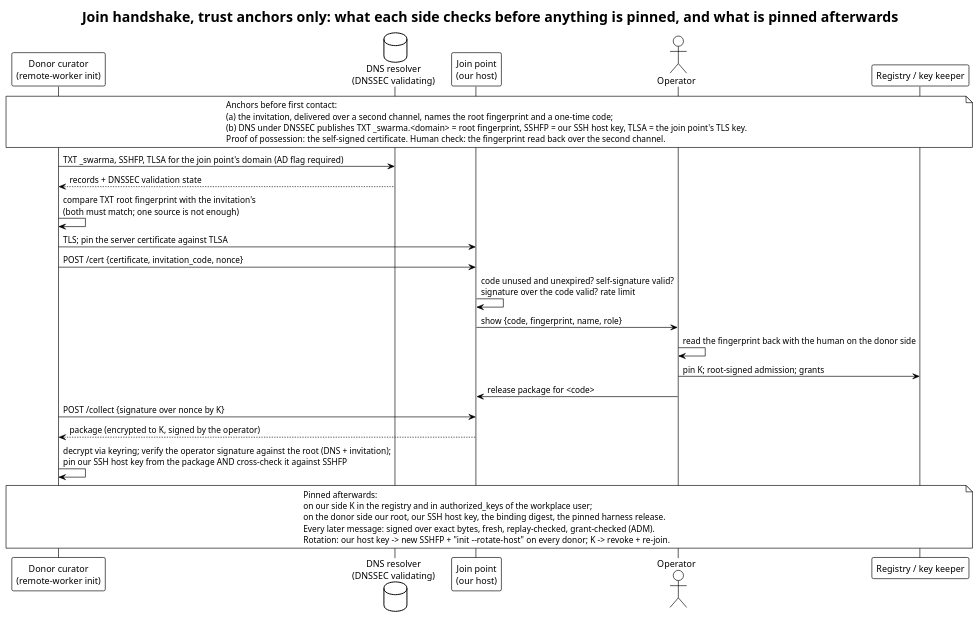
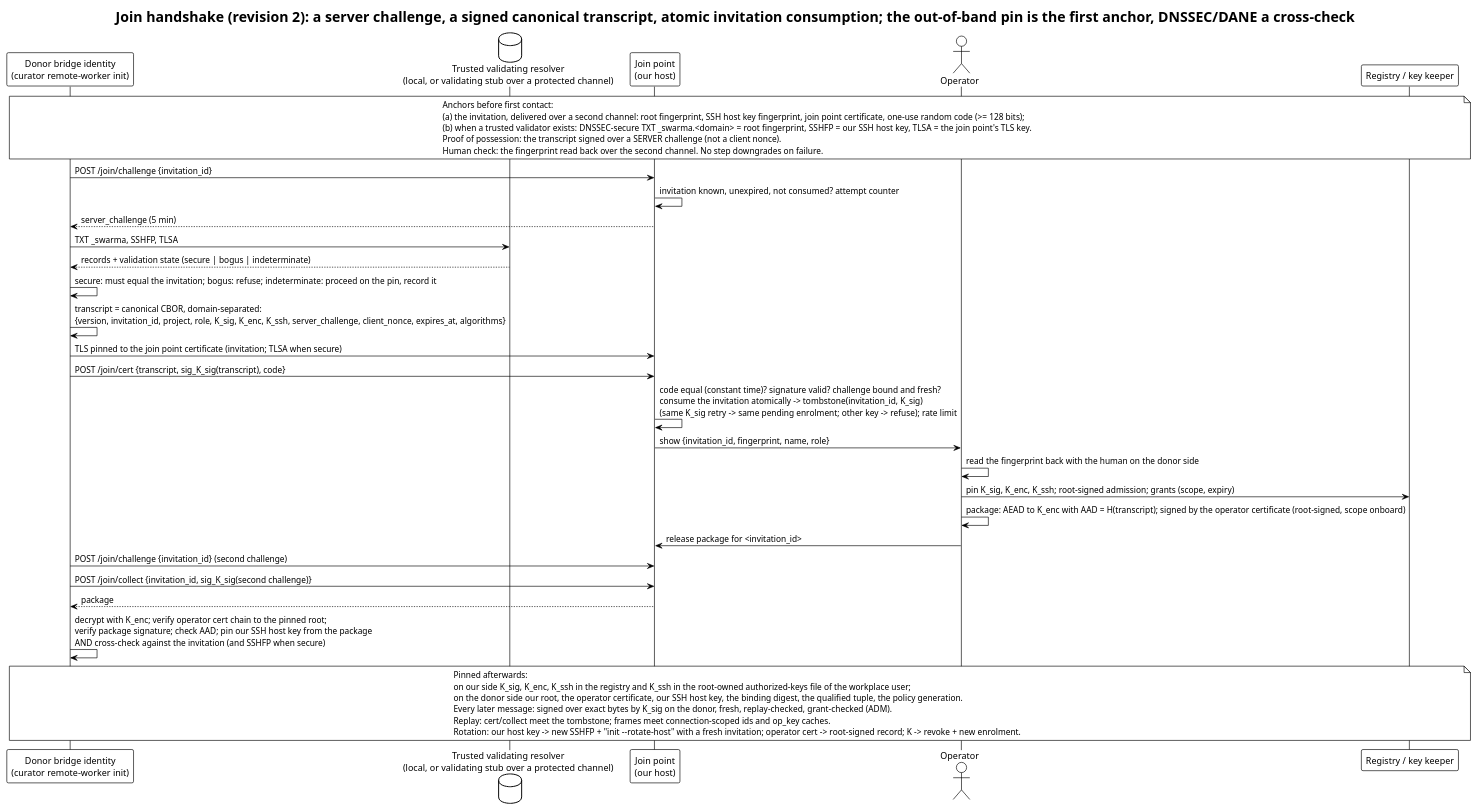
Before and after one commit to relux-works/curator-spec: the diagram in cips/diagrams/join-handshake.puml, drawn with PlantUML. The commit also changed 9 other files, not shown here.

```diff
--- a/cips/diagrams/join-handshake.puml
+++ b/cips/diagrams/join-handshake.puml
@@ -1,39 +1,47 @@
 @startuml join-handshake
 !theme plain
-title Join handshake, trust anchors only: what each side checks before anything is pinned, and what is pinned afterwards
+title Join handshake (revision 2): a server challenge, a signed canonical transcript, atomic invitation consumption; the out-of-band pin is the first anchor, DNSSEC/DANE a cross-check
 
-participant "Donor curator\n(remote-worker init)" as C
-database "DNS resolver\n(DNSSEC validating)" as R
+participant "Donor bridge identity\n(curator remote-worker init)" as C
+database "Trusted validating resolver\n(local, or validating stub over a protected channel)" as R
 participant "Join point\n(our host)" as JP
 actor "Operator" as OP
 participant "Registry / key keeper" as T
 
 note over C, T
   Anchors before first contact:
-  (a) the invitation, delivered over a second channel, names the root fingerprint and a one-time code;
-  (b) DNS under DNSSEC publishes TXT _swarma.<domain> = root fingerprint, SSHFP = our SSH host key, TLSA = the join point's TLS key.
-  Proof of possession: the self-signed certificate. Human check: the fingerprint read back over the second channel.
+  (a) the invitation, delivered over a second channel: root fingerprint, SSH host key fingerprint, join point certificate, one-use random code (>= 128 bits);
+  (b) when a trusted validator exists: DNSSEC-secure TXT _swarma.<domain> = root fingerprint, SSHFP = our SSH host key, TLSA = the join point's TLS key.
+  Proof of possession: the transcript signed over a SERVER challenge (not a client nonce).
+  Human check: the fingerprint read back over the second channel. No step downgrades on failure.
 end note
 
-C -> R: TXT _swarma, SSHFP, TLSA for the join point's domain (AD flag required)
-R --> C: records + DNSSEC validation state
-C -> C: compare TXT root fingerprint with the invitation's\n(both must match; one source is not enough)
-C -> JP: TLS; pin the server certificate against TLSA
-C -> JP: POST /cert {certificate, invitation_code, nonce}
-JP -> JP: code unused and unexpired? self-signature valid?\nsignature over the code valid? rate limit
-JP -> OP: show {code, fingerprint, name, role}
+C -> JP: POST /join/challenge {invitation_id}
+JP -> JP: invitation known, unexpired, not consumed? attempt counter
+JP --> C: server_challenge (5 min)
+C -> R: TXT _swarma, SSHFP, TLSA
+R --> C: records + validation state (secure | bogus | indeterminate)
+C -> C: secure: must equal the invitation; bogus: refuse; indeterminate: proceed on the pin, record it
+C -> C: transcript = canonical CBOR, domain-separated:\n{version, invitation_id, project, role, K_sig, K_enc, K_ssh, server_challenge, client_nonce, expires_at, algorithms}
+C -> JP: TLS pinned to the join point certificate (invitation; TLSA when secure)
+C -> JP: POST /join/cert {transcript, sig_K_sig(transcript), code}
+JP -> JP: code equal (constant time)? signature valid? challenge bound and fresh?\nconsume the invitation atomically -> tombstone(invitation_id, K_sig)\n(same K_sig retry -> same pending enrolment; other key -> refuse); rate limit
+JP -> OP: show {invitation_id, fingerprint, name, role}
 OP -> OP: read the fingerprint back with the human on the donor side
-OP -> T: pin K; root-signed admission; grants
-OP -> JP: release package for <code>
-C -> JP: POST /collect {signature over nonce by K}
-JP --> C: package (encrypted to K, signed by the operator)
-C -> C: decrypt via keyring; verify the operator signature against the root (DNS + invitation);\npin our SSH host key from the package AND cross-check it against SSHFP
+OP -> T: pin K_sig, K_enc, K_ssh; root-signed admission; grants (scope, expiry)
+OP -> OP: package: AEAD to K_enc with AAD = H(transcript); signed by the operator certificate (root-signed, scope onboard)
+OP -> JP: release package for <invitation_id>
+C -> JP: POST /join/challenge {invitation_id} (second challenge)
+C -> JP: POST /join/collect {invitation_id, sig_K_sig(second challenge)}
+JP --> C: package
+C -> C: decrypt with K_enc; verify operator cert chain to the pinned root;\nverify package signature; check AAD; pin our SSH host key from the package\nAND cross-check against the invitation (and SSHFP when secure)
 
 note over C, T
   Pinned afterwards:
-  on our side K in the registry and in authorized_keys of the workplace user;
-  on the donor side our root, our SSH host key, the binding digest, the pinned harness release.
-  Every later message: signed over exact bytes, fresh, replay-checked, grant-checked (ADM).
-  Rotation: our host key -> new SSHFP + "init --rotate-host" on every donor; K -> revoke + re-join.
+  on our side K_sig, K_enc, K_ssh in the registry and K_ssh in the root-owned authorized-keys file of the workplace user;
+  on the donor side our root, the operator certificate, our SSH host key, the binding digest, the qualified tuple, the policy generation.
+  Every later message: signed over exact bytes by K_sig on the donor, fresh, replay-checked, grant-checked (ADM).
+  Replay: cert/collect meet the tombstone; frames meet connection-scoped ids and op_key caches.
+  Rotation: our host key -> new SSHFP + "init --rotate-host" with a fresh invitation; operator cert -> root-signed record; K -> revoke + new enrolment.
 end note
 @enduml
```
